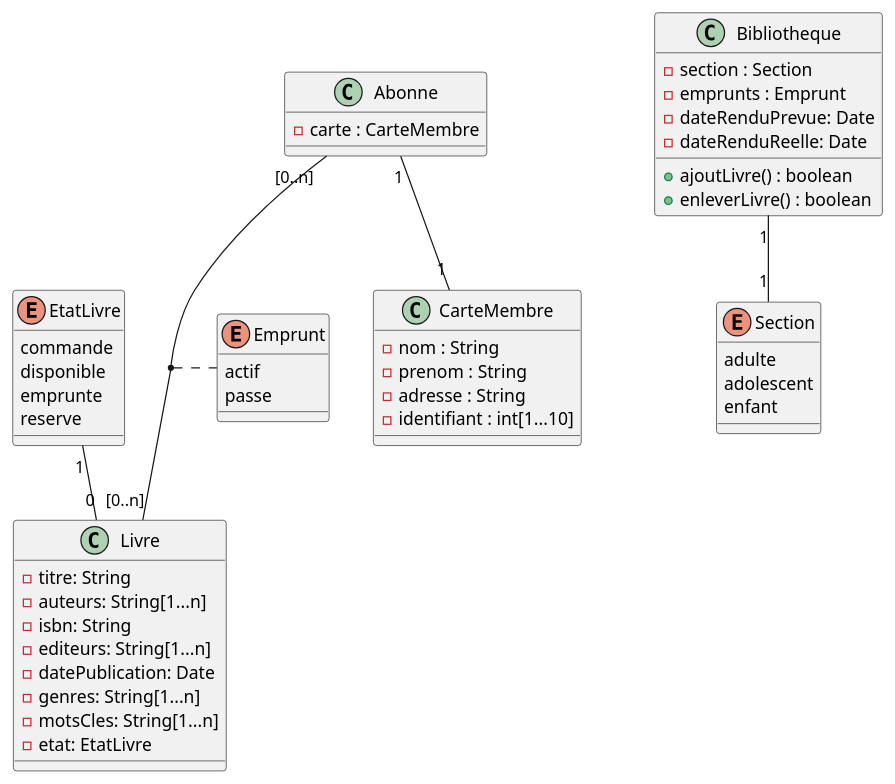
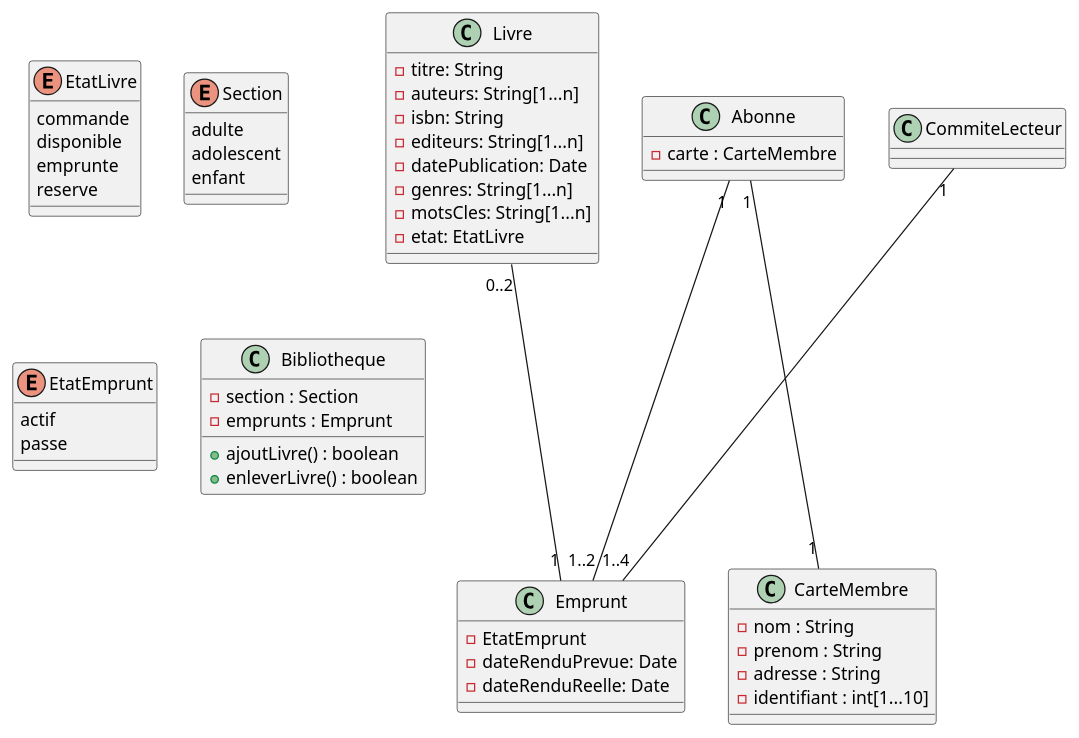
Before and after one commit to sybarry/Analyse-Logiciel: the diagram in exercices/modules/development/examples/classes.plantuml, drawn with PlantUML. The commit also changed 1 other file, not shown here.

```diff
--- a/exercices/modules/development/examples/classes.plantuml
+++ b/exercices/modules/development/examples/classes.plantuml
@@ -1,62 +1,72 @@
 @startuml
 class Livre {
       - titre: String
       - auteurs: String[1...n]
       - isbn: String
       - editeurs: String[1...n]
       - datePublication: Date
       - genres: String[1...n]
       - motsCles: String[1...n]
       - etat: EtatLivre
 }
 
 enum EtatLivre {
       commande
       disponible
       emprunte
       reserve
 }
 
 enum Section {
       adulte
       adolescent
       enfant
 }
 
-enum Emprunt {
+enum EtatEmprunt {
       actif
       passe
+}
+
+Class Emprunt {
+      - EtatEmprunt
+      - dateRenduPrevue: Date
+      - dateRenduReelle: Date
 }
 
 class CarteMembre {
    - nom : String
    - prenom : String
    - adresse : String
    - identifiant : int[1...10]
 }
 
 class Abonne {
     - carte : CarteMembre
 }
 
+class CommiteLecteur {
+
+}
+
 
 class Bibliotheque {
     - section : Section
     - emprunts : Emprunt
-    - dateRenduPrevue: Date
-    - dateRenduReelle: Date
+
 
     + ajoutLivre() : boolean
     + enleverLivre() : boolean
 }
 
 
-EtatLivre "1" -- "0" Livre
+Livre "0..2" --- "1" Emprunt
 
-Abonne "[0..n]" -- "[0..n]" Livre
-(Livre,Abonne) . Emprunt
+Abonne "1" --- "1..2" Emprunt
 
-Abonne "1" -- "1" CarteMembre
-Bibliotheque "1" -- "1" Section
+Abonne "1" --- "1" CarteMembre
+
+CommiteLecteur "1" --- "1..4" Emprunt
+
 
 @enduml
```
